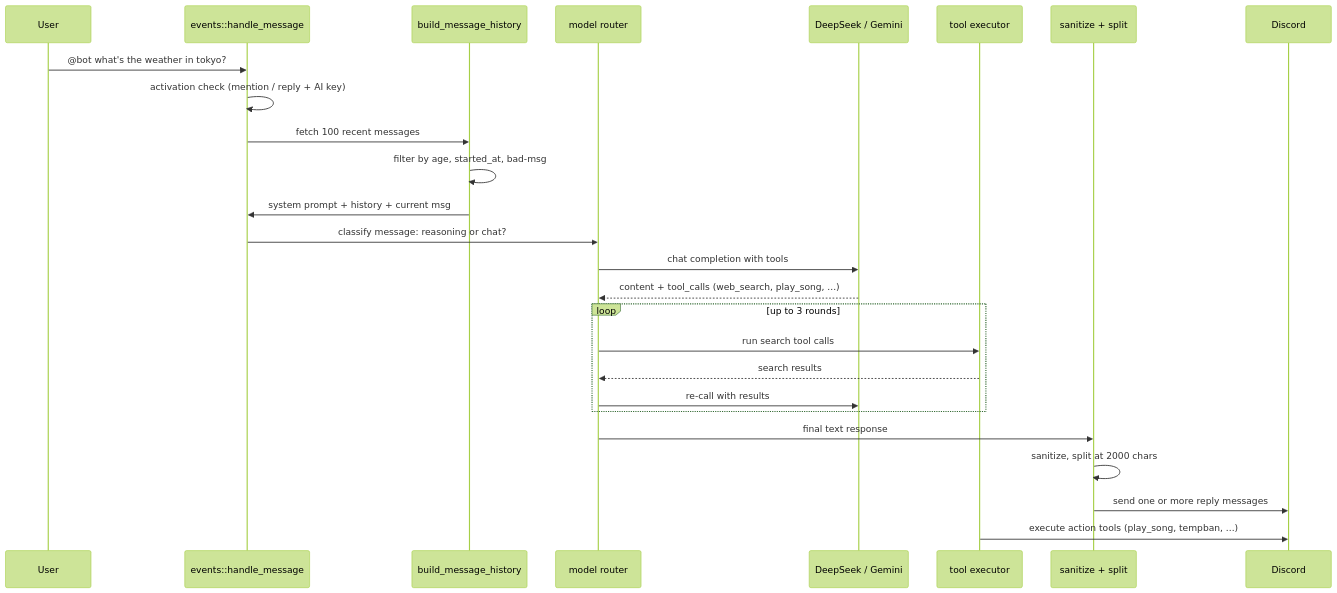
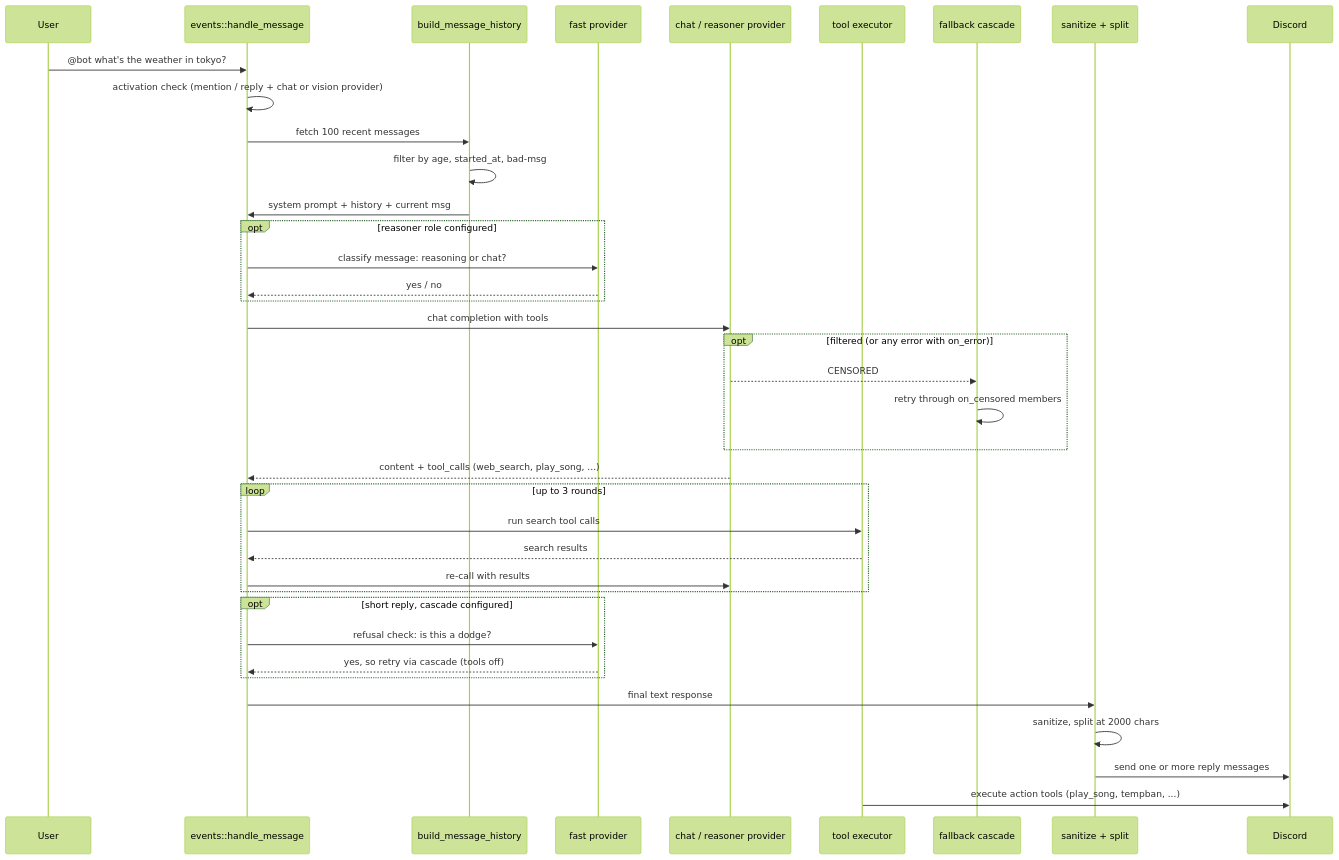
The diagram in docs/architecture/ai-pipeline.md (MrMcEpic/discord-bot-rs), drawn with Mermaid (forest theme) before and after one commit. The commit also changed other lines of this file and 26 other files, not shown here.

````diff
--- a/docs/architecture/ai-pipeline.md
+++ b/docs/architecture/ai-pipeline.md
@@ -19,29 +19,41 @@
 ```mermaid
 sequenceDiagram
     participant U as User
     participant E as events::handle_message
     participant H as build_message_history
-    participant R as model router
-    participant API as DeepSeek / Gemini
+    participant F as fast provider
+    participant API as chat / reasoner provider
     participant T as tool executor
+    participant C as fallback cascade
     participant S as sanitize + split
     participant D as Discord
 
     U->>E: @bot what's the weather in tokyo?
-    E->>E: activation check (mention / reply + AI key)
+    E->>E: activation check (mention / reply + chat or vision provider)
     E->>H: fetch 100 recent messages
     H->>H: filter by age, started_at, bad-msg
     H->>E: system prompt + history + current msg
-    E->>R: classify message: reasoning or chat?
-    R->>API: chat completion with tools
-    API-->>R: content + tool_calls (web_search, play_song, ...)
+    opt reasoner role configured
+        E->>F: classify message: reasoning or chat?
+        F-->>E: yes / no
+    end
+    E->>API: chat completion with tools
+    opt filtered (or any error with on_error)
+        API-->>C: CENSORED
+        C->>C: retry through on_censored members
+    end
+    API-->>E: content + tool_calls (web_search, play_song, ...)
     loop up to 3 rounds
-        R->>T: run search tool calls
-        T-->>R: search results
-        R->>API: re-call with results
+        E->>T: run search tool calls
+        T-->>E: search results
+        E->>API: re-call with results
     end
-    R->>S: final text response
+    opt short reply, cascade configured
+        E->>F: refusal check: is this a dodge?
+        F-->>E: yes, so retry via cascade (tools off)
+    end
+    E->>S: final text response
     S->>S: sanitize, split at 2000 chars
     S->>D: send one or more reply messages
     T->>D: execute action tools (play_song, tempban, ...)
 ```
````
